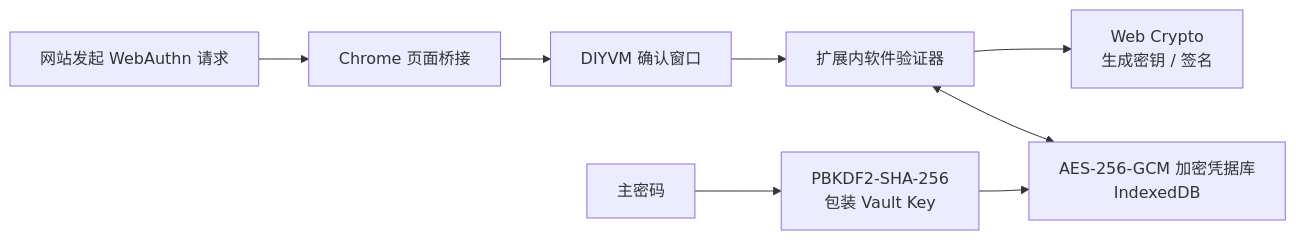
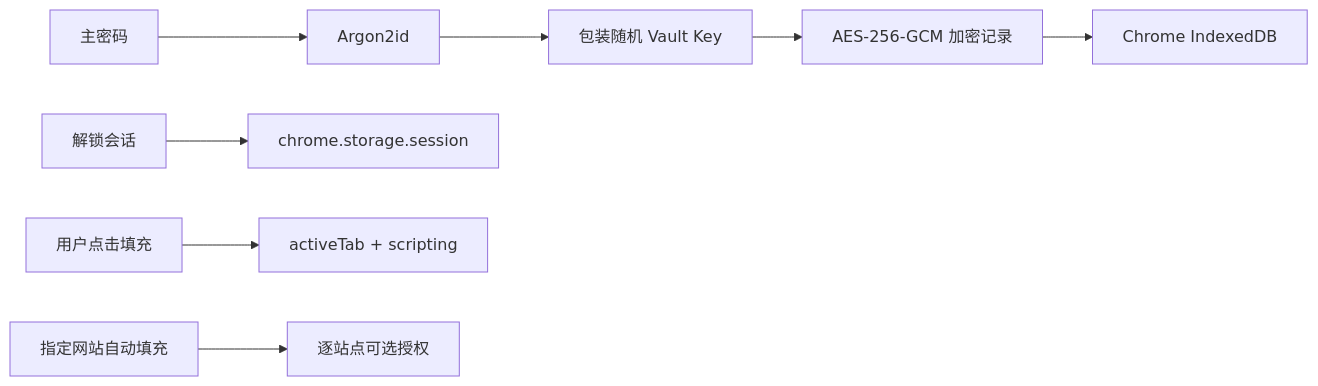
Before and after one commit to DIYVM/DIYVM-local-passkey: the diagram in README.md, drawn with Mermaid. The commit also changed other lines of this file and 36 other files, not shown here.

Commit message:
feat: release DIYVM Local Vault 1.0.0

````diff
--- a/README.md
+++ b/README.md
@@ -76,10 +41,10 @@
 ```mermaid
 flowchart LR
-    A["网站发起 WebAuthn 请求"] --> B["Chrome 页面桥接"]
-    B --> C["DIYVM 确认窗口"]
-    C --> D["扩展内软件验证器"]
-    D --> E["Web Crypto<br>生成密钥 / 签名"]
-    D <--> F["AES-256-GCM 加密凭据库<br>IndexedDB"]
-    G["主密码"] --> H["PBKDF2-SHA-256<br>包装 Vault Key"]
-    H --> F
+    A["主密码"] --> B["Argon2id"]
+    B --> C["包装随机 Vault Key"]
+    C --> D["AES-256-GCM 加密记录"]
+    D --> E["Chrome IndexedDB"]
+    F["解锁会话"] --> G["chrome.storage.session"]
+    H["用户点击填充"] --> I["activeTab + scripting"]
+    J["指定网站自动填充"] --> K["逐站点可选授权"]
 ```
````
